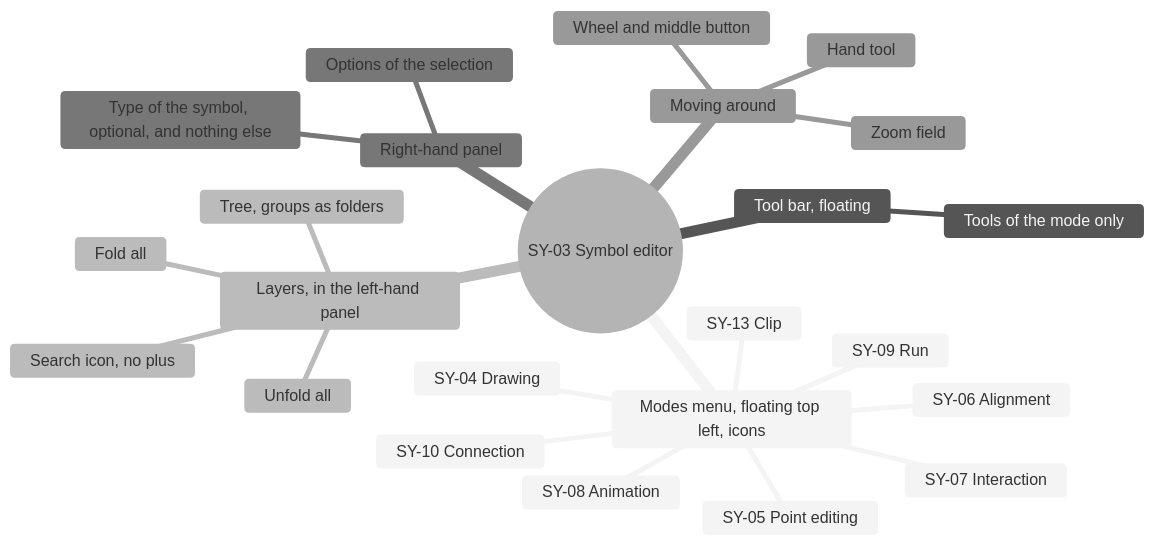
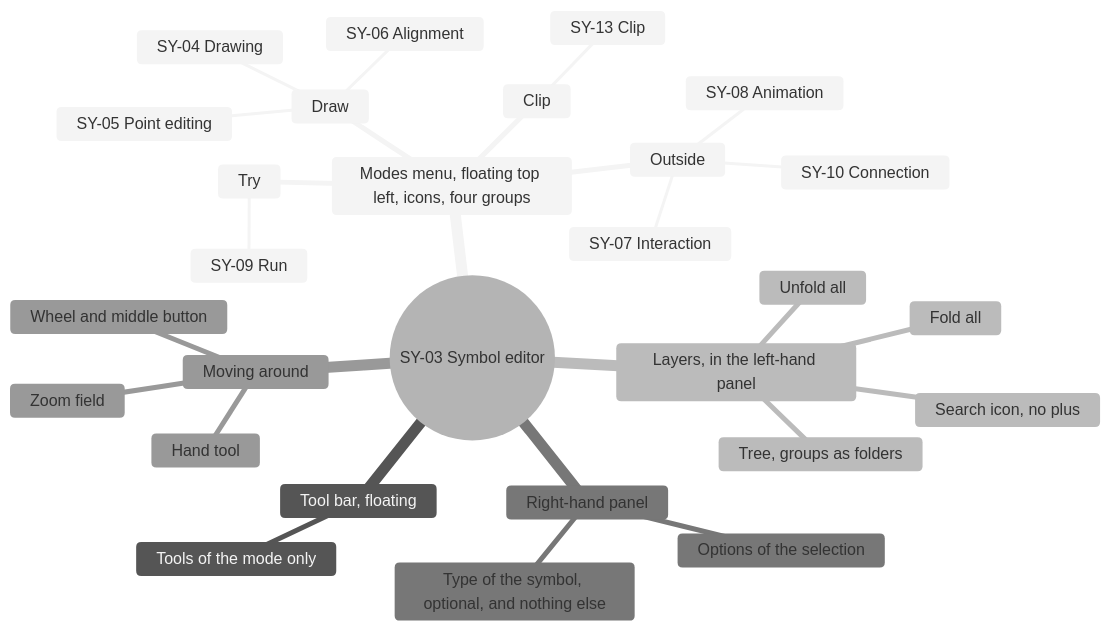
The fifth of 15 diagrams in screens/symbols.md (AlexandreGallais/synoptic-studio-spec), drawn with Mermaid (neutral theme) before and after one commit. The commit also changed other lines of this file and 12 other files, not shown here.

First line of the commit message:
docs(symbols): group the modes menu, put the opacity under the geometry, use ctrl for the precise move

````diff
--- a/screens/symbols.md
+++ b/screens/symbols.md
@@ -118,27 +118,31 @@
 ```mermaid
 mindmap
   root((SY-03 Symbol editor))
-    Modes menu, floating top left, icons
-      SY-04 Drawing
-      SY-13 Clip
-      SY-05 Point editing
-      SY-10 Connection
-      SY-06 Alignment
-      SY-08 Animation
-      SY-07 Interaction
-      SY-09 Run
+    Modes menu, floating top left, icons, four groups
+      Draw
+        SY-04 Drawing
+        SY-05 Point editing
+        SY-06 Alignment
+      Clip
+        SY-13 Clip
+      Outside
+        SY-10 Connection
+        SY-08 Animation
+        SY-07 Interaction
+      Try
+        SY-09 Run
     Tool bar, floating
       Tools of the mode only
     Layers, in the left-hand panel
       Search icon, no plus
       Unfold all
       Fold all
       Tree, groups as folders
     Right-hand panel
       Options of the selection
       Type of the symbol, optional, and nothing else
     Moving around
       Hand tool
       Wheel and middle button
       Zoom field
 ```
````
